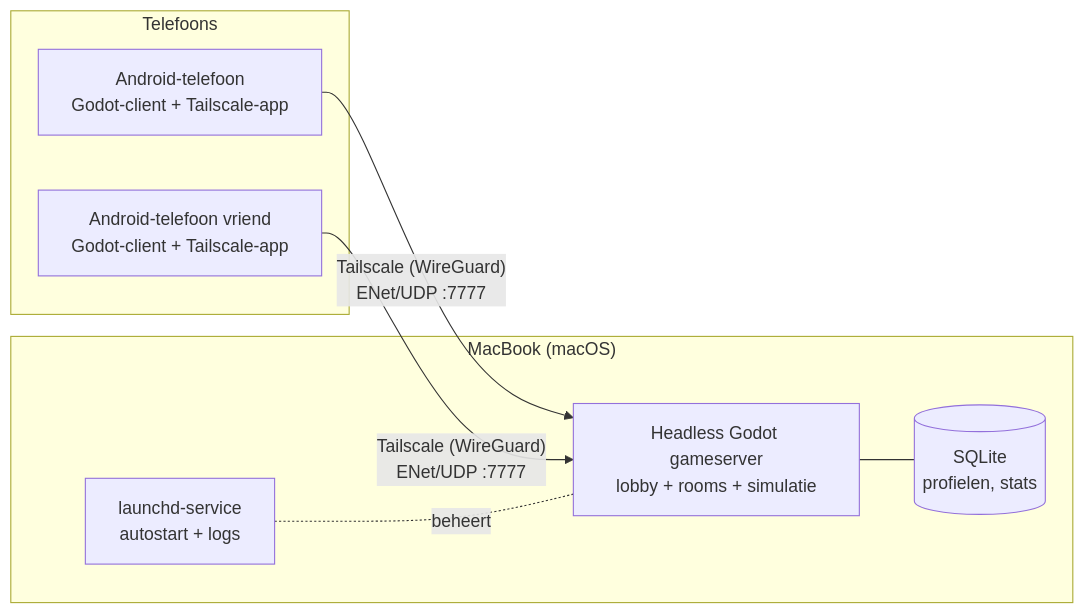
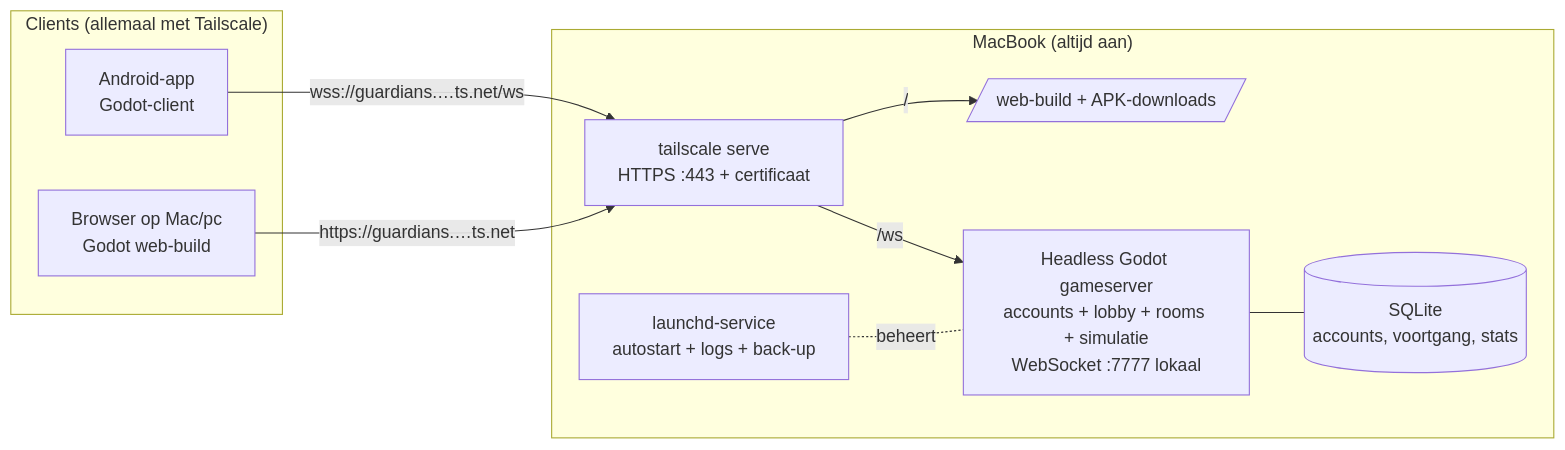
Before and after one commit to WillemDN/TD: the diagram in docs/PLAN.md, drawn with Mermaid. The commit also changed other lines of this file and 2 other files, not shown here.

First line of the commit message:
Update plan with decisions: Guardians, browser version, accounts, always-on Mac, variants

````diff
--- a/docs/PLAN.md
+++ b/docs/PLAN.md
@@ -50,16 +55,20 @@
 ```mermaid
 flowchart LR
-  subgraph Telefoons
-    A[Android-telefoon<br/>Godot-client + Tailscale-app]
-    B[Android-telefoon vriend<br/>Godot-client + Tailscale-app]
+  subgraph Clients["Clients (allemaal met Tailscale)"]
+    A[Android-app<br/>Godot-client]
+    B[Browser op Mac/pc<br/>Godot web-build]
   end
-  subgraph Mac["MacBook (macOS)"]
-    S[Headless Godot gameserver<br/>lobby + rooms + simulatie]
-    D[(SQLite<br/>profielen, stats)]
-    L[launchd-service<br/>autostart + logs]
+  subgraph Mac["MacBook (altijd aan)"]
+    T[tailscale serve<br/>HTTPS :443 + certificaat]
+    W[/web-build + APK-downloads/]
+    S[Headless Godot gameserver<br/>accounts + lobby + rooms + simulatie<br/>WebSocket :7777 lokaal]
+    D[(SQLite<br/>accounts, voortgang, stats)]
+    L[launchd-service<br/>autostart + logs + back-up]
   end
-  A -- "Tailscale (WireGuard)<br/>ENet/UDP :7777" --> S
-  B -- "Tailscale (WireGuard)<br/>ENet/UDP :7777" --> S
+  A -- "wss://guardians.…ts.net/ws" --> T
+  B -- "https://guardians.…ts.net" --> T
+  T -- "/" --> W
+  T -- "/ws" --> S
   S --- D
   L -.beheert.- S
 ```
````
